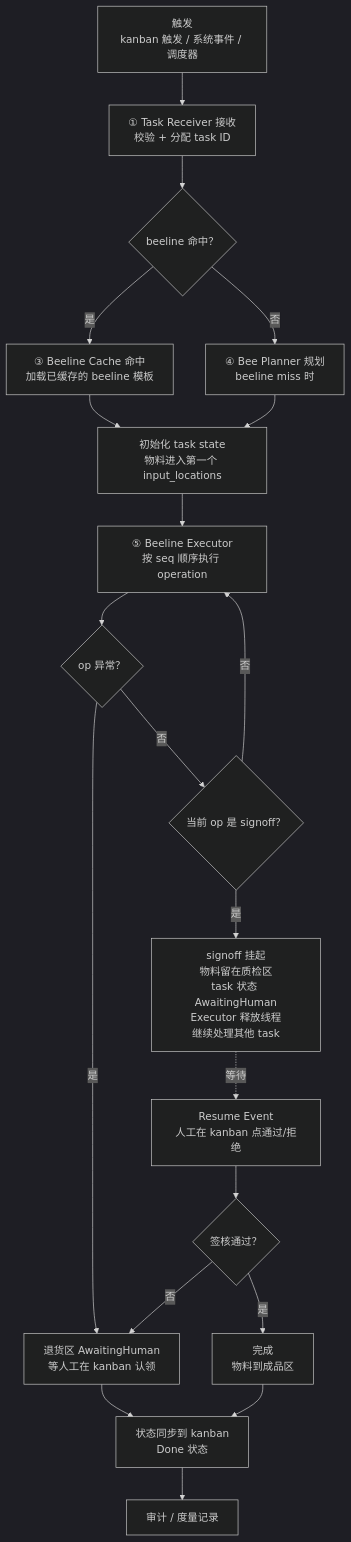
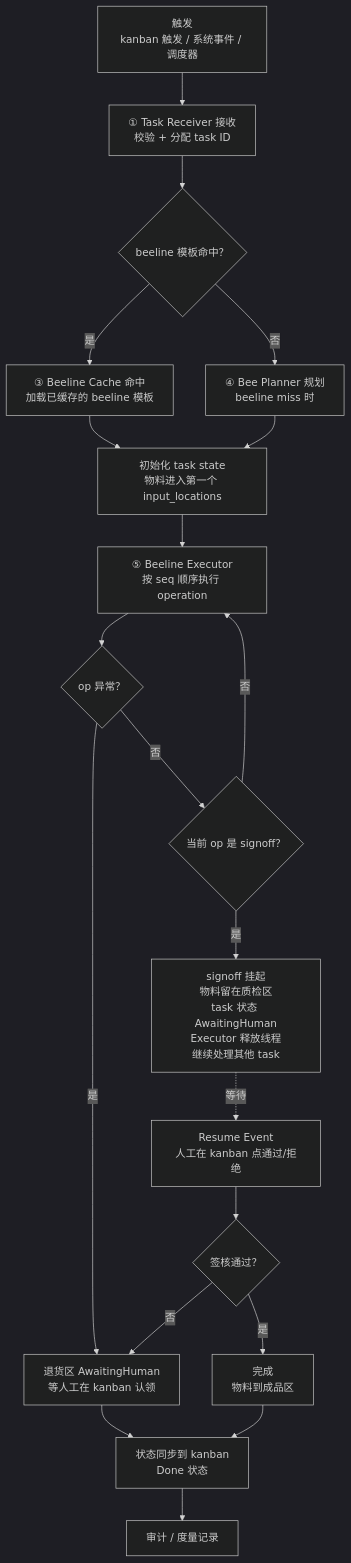
One commit to chehuizi/beeOS changed the fifth of 6 diagrams in docs/architecture/kernel-design.md. Above: the diagram before and after it, drawn with Mermaid (dark theme). The commit also changed other lines of this file, not shown here.

First line of the commit message:
docs: 术语统一——beeline 模板命中 + BOM schema/instance 区分

````diff
--- a/docs/architecture/kernel-design.md
+++ b/docs/architecture/kernel-design.md
@@ -333,39 +333,39 @@
 ```mermaid
 flowchart TB
   trigger["触发\nkanban 触发 / 系统事件 / 调度器"]
   receive["① Task Receiver 接收\n校验 + 分配 task ID"]
-  locateHit{"beeline 命中？"}
+  locateHit{"beeline 模板命中？"}
   cache["③ Beeline Cache 命中\n加载已缓存的 beeline 模板"]
   planner["④ Bee Planner 规划\nbeeline miss 时"]
   init["初始化 task state\n物料进入第一个 input_locations"]
   loop["⑤ Beeline Executor\n按 seq 顺序执行 operation"]
   exception{"op 异常？"}
   returnTo["退货区 AwaitingHuman\n等人工在 kanban 认领"]
   signoff{"当前 op 是 signoff？"}
   suspend["signoff 挂起\n物料留在质检区\ntask 状态 AwaitingHuman\nExecutor 释放线程\n继续处理其他 task"]
   resumeEvent["Resume Event\n人工在 kanban 点通过/拒绝"]
   approve{"签核通过？"}
   finished["完成\n物料到成品区"]
   kanban["状态同步到 kanban\nDone 状态"]
   audit["审计 / 度量记录"]
 
   trigger --> receive
   receive --> locateHit
   locateHit -->|是| cache
   locateHit -->|否| planner
   cache --> init
   planner --> init
   init --> loop
   loop --> exception
   exception -->|是| returnTo
   exception -->|否| signoff
   returnTo --> kanban
   signoff -->|是| suspend
   signoff -->|否| loop
   suspend -. 等待 .-> resumeEvent
   resumeEvent --> approve
   approve -->|是| finished
   approve -->|否| returnTo
   finished --> kanban
   kanban --> audit
 ```
````
